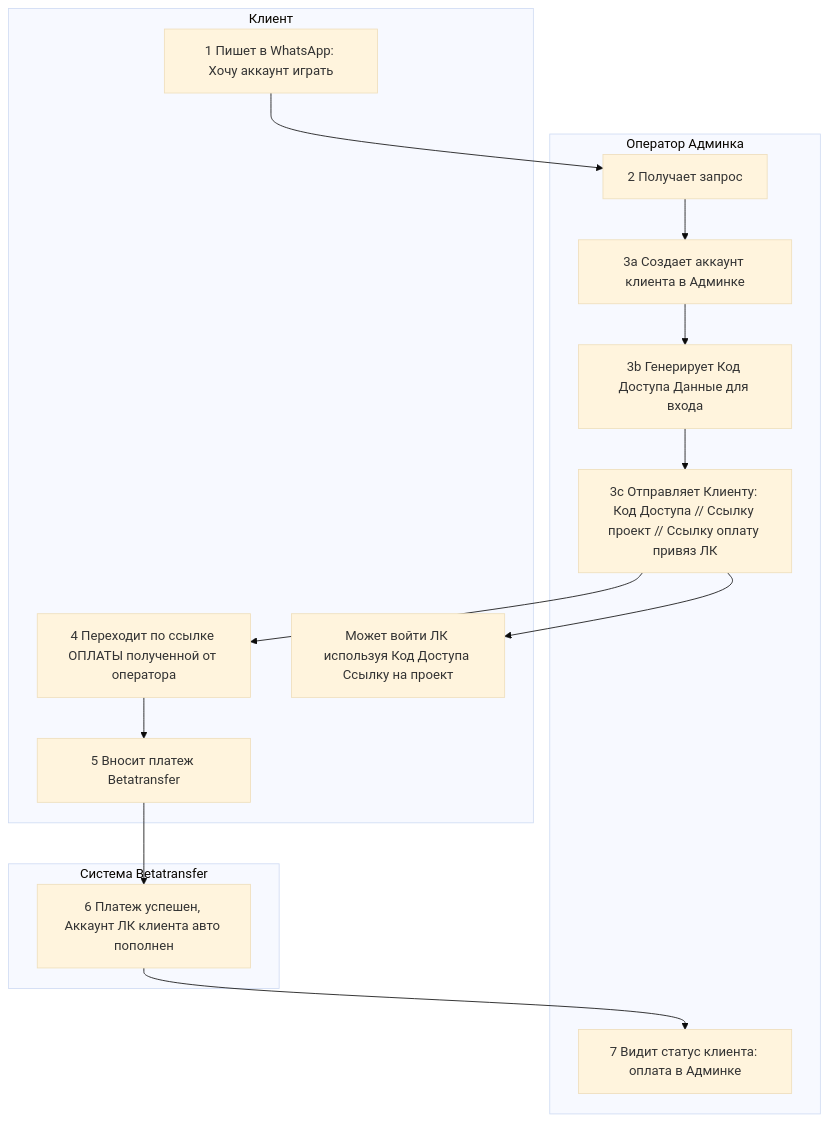
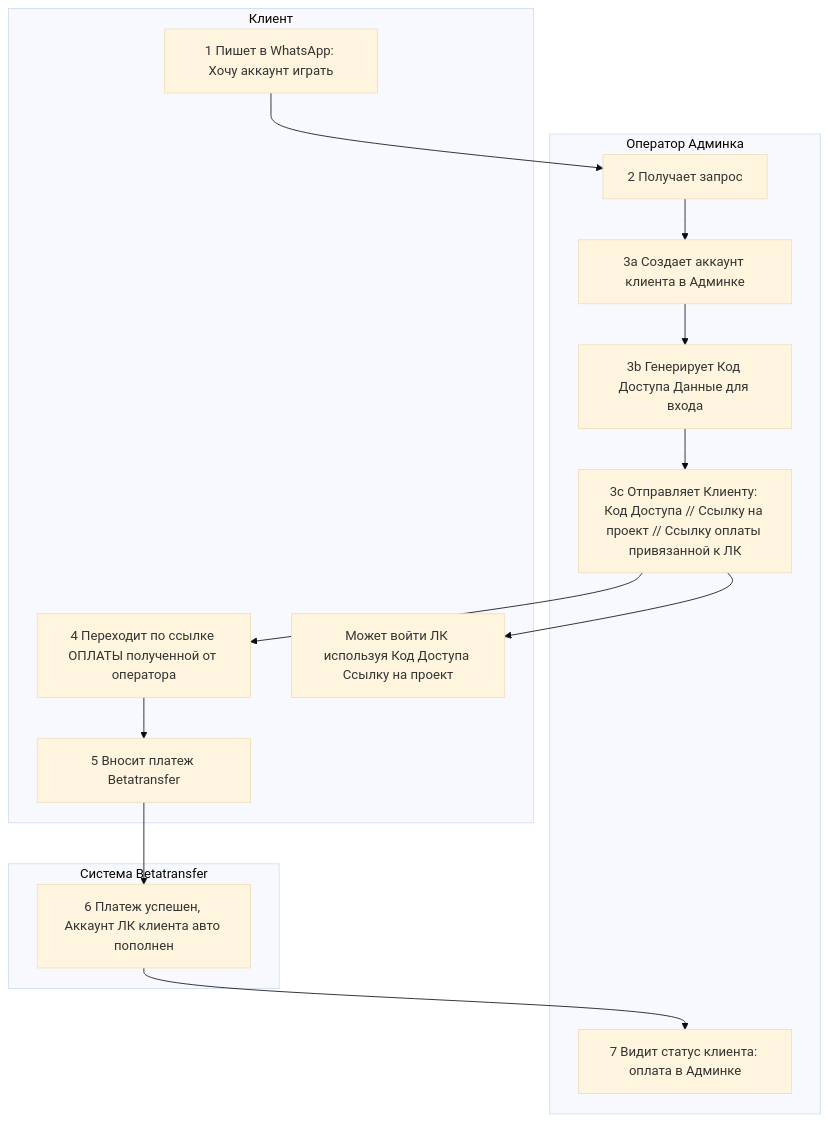
Before and after one commit to serheg/obirix.com: the diagram in champion.md, drawn with Mermaid (base theme).

````diff
--- a/champion.md
+++ b/champion.md
@@ -1,33 +1,33 @@
 ```mermaid
  graph TD
     subgraph "Клиент"
         %% Узлы Клиента
         A["1 Пишет в WhatsApp: Хочу аккаунт играть"]
         F["4 Переходит по ссылке ОПЛАТЫ полученной от оператора"]
         G["5 Вносит платеж Betatransfer"]
         I["Может войти ЛК используя Код Доступа Ссылку на проект"]
     end
     subgraph "Оператор Админка"
          %% Узлы Оператора
         B["2 Получает запрос"]
         C["3a Создает аккаунт клиента в Админке"]
         D["3b Генерирует Код Доступа Данные для входа"]
-        E["3c Отправляет Клиенту: Код Доступа // Ссылку проект // Ссылку оплату привяз ЛК"]
+        E["3c Отправляет Клиенту: Код Доступа // Ссылку на проект // Ссылку оплаты привязанной к ЛК"]
         K["7 Видит статус клиента: оплата в Админке"]
     end
     subgraph "Система Betatransfer"
          %% Узлы Системы
          H["6 Платеж успешен, Аккаунт ЛК клиента авто пополнен"]
     end
 
     %% Связи
     A --> B;
     B --> C;
     C --> D;
     D --> E;
     E --> F;
     F --> G;
     G --> H;
     H --> K;
     E --> I;
 ```
````
